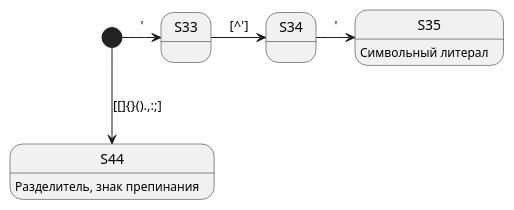
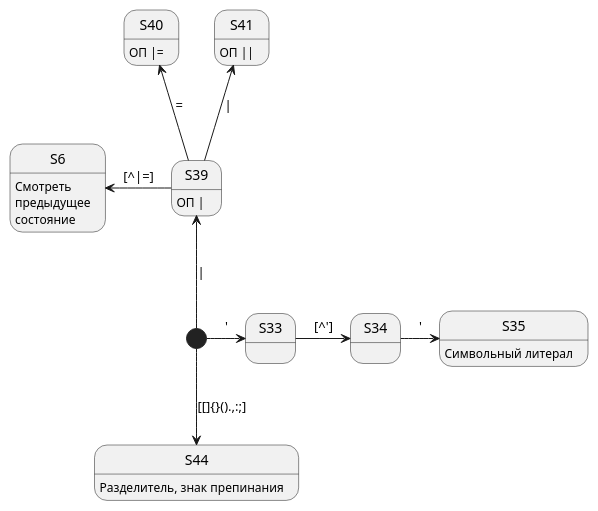
One commit to vladimirlll/CSharpLexicalAnalyzer changed the diagram in Диаграмма состояния для ЛА/sd6.puml. Above: the diagram before and after it, drawn with PlantUML. The commit also changed 2 other files, not shown here.

Commit message:
Исправлены некоторые ошибки в диаграмме состояний - переходов

```diff
--- a/Диаграмма состояния для ЛА/sd6.puml
+++ b/Диаграмма состояния для ЛА/sd6.puml
@@ -1,11 +1,21 @@
 @startuml "sd6"
 
 [*] -right-> S33 : '
 S33 -right-> S34 : [^']
 S34 -right-> S35 : '
 S35 : Символьный литерал
 
+[*] -up-> S39 : |
+S39 -up-> S41 : |
+S39 -up-> S40 : =
+S40 : ОП |=
+S41 : ОП ||
+S39 : ОП |
+S39 -left-> S6 : [^|=]
+
 [*] --> S44 : [[]{}().,:;]
 S44 : Разделитель, знак препинания
 
+S6 : Смотреть\nпредыдущее\nсостояние
+
 @enduml
```
